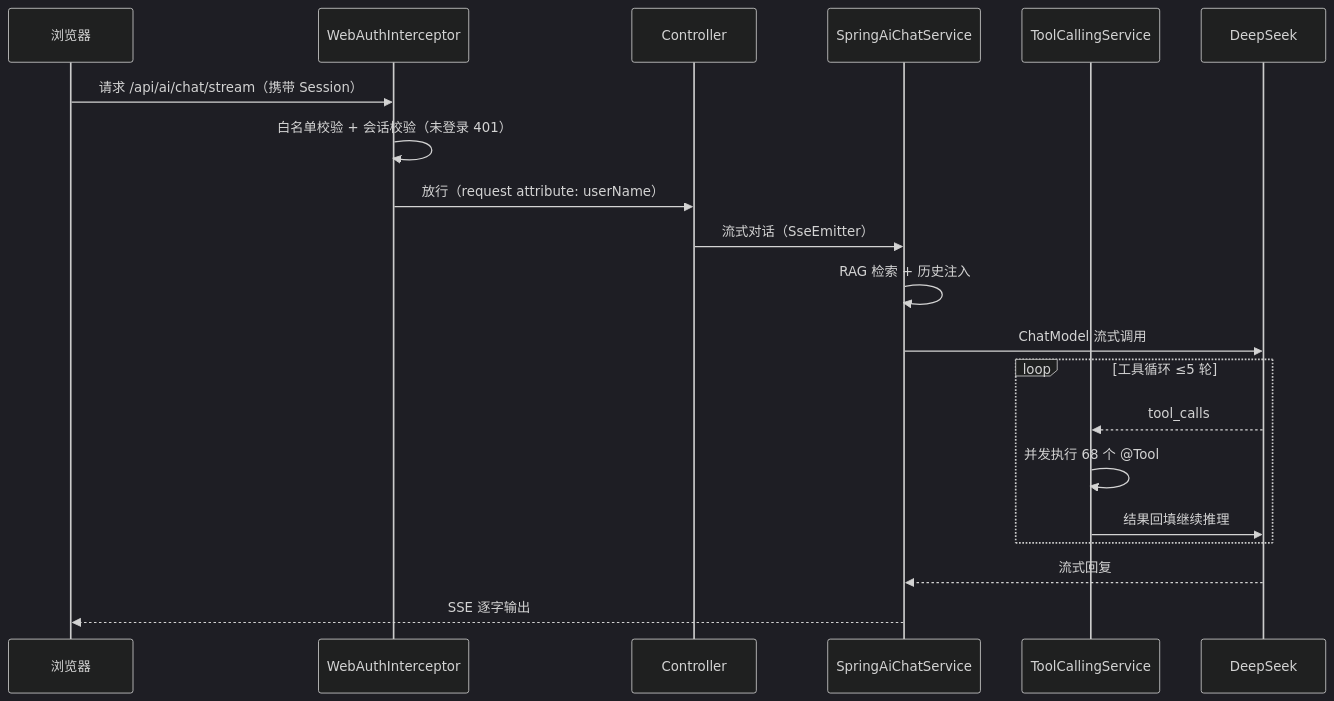
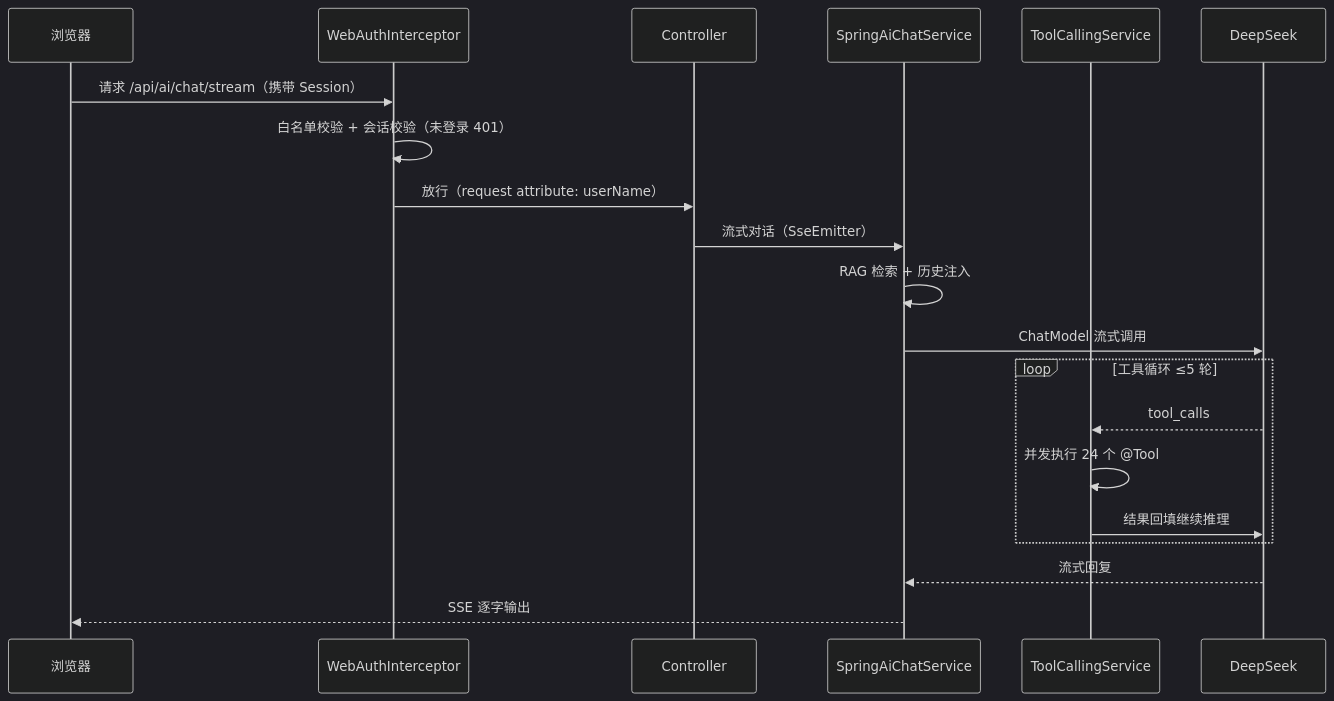
Before and after one commit to 8750shuangyue/WECHATILINK: the second of 2 diagrams in 落地文档/项目知识文档.md, drawn with Mermaid (dark theme). The commit also changed other lines of this file and 32 other files, not shown here.

````diff
--- a/落地文档/项目知识文档.md
+++ b/落地文档/项目知识文档.md
@@ -145,23 +146,23 @@
 ```mermaid
 sequenceDiagram
     participant U as 浏览器
     participant I as WebAuthInterceptor
     participant C as Controller
     participant S as SpringAiChatService
     participant T as ToolCallingService
     participant D as DeepSeek
 
     U->>I: 请求 /api/ai/chat/stream（携带 Session）
     I->>I: 白名单校验 + 会话校验（未登录 401）
     I->>C: 放行（request attribute: userName）
     C->>S: 流式对话（SseEmitter）
     S->>S: RAG 检索 + 历史注入
     S->>D: ChatModel 流式调用
     loop 工具循环 ≤5 轮
         D-->>T: tool_calls
-        T->>T: 并发执行 68 个 @Tool
+        T->>T: 并发执行 24 个 @Tool
         T->>D: 结果回填继续推理
     end
     D-->>S: 流式回复
     S-->>U: SSE 逐字输出
 ```
````
